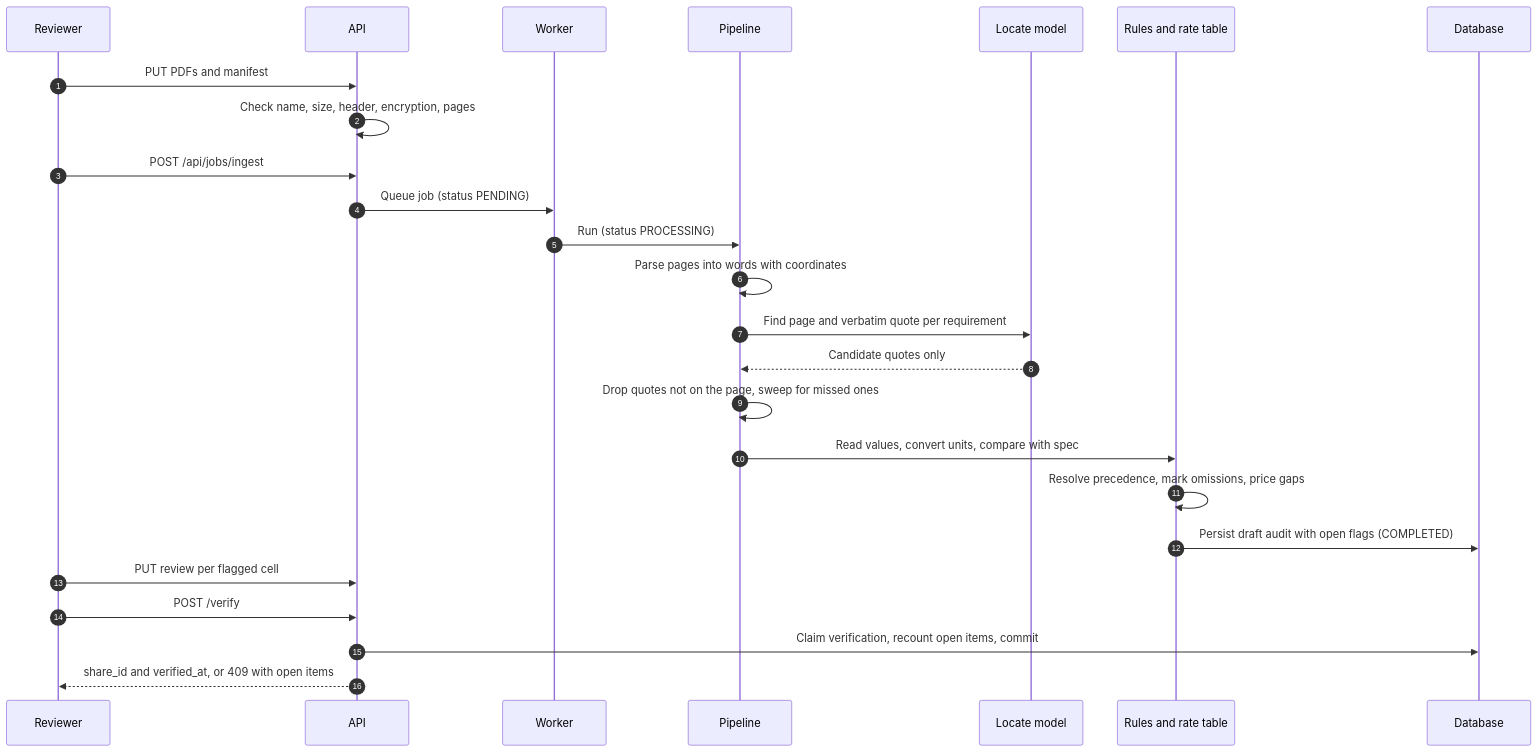
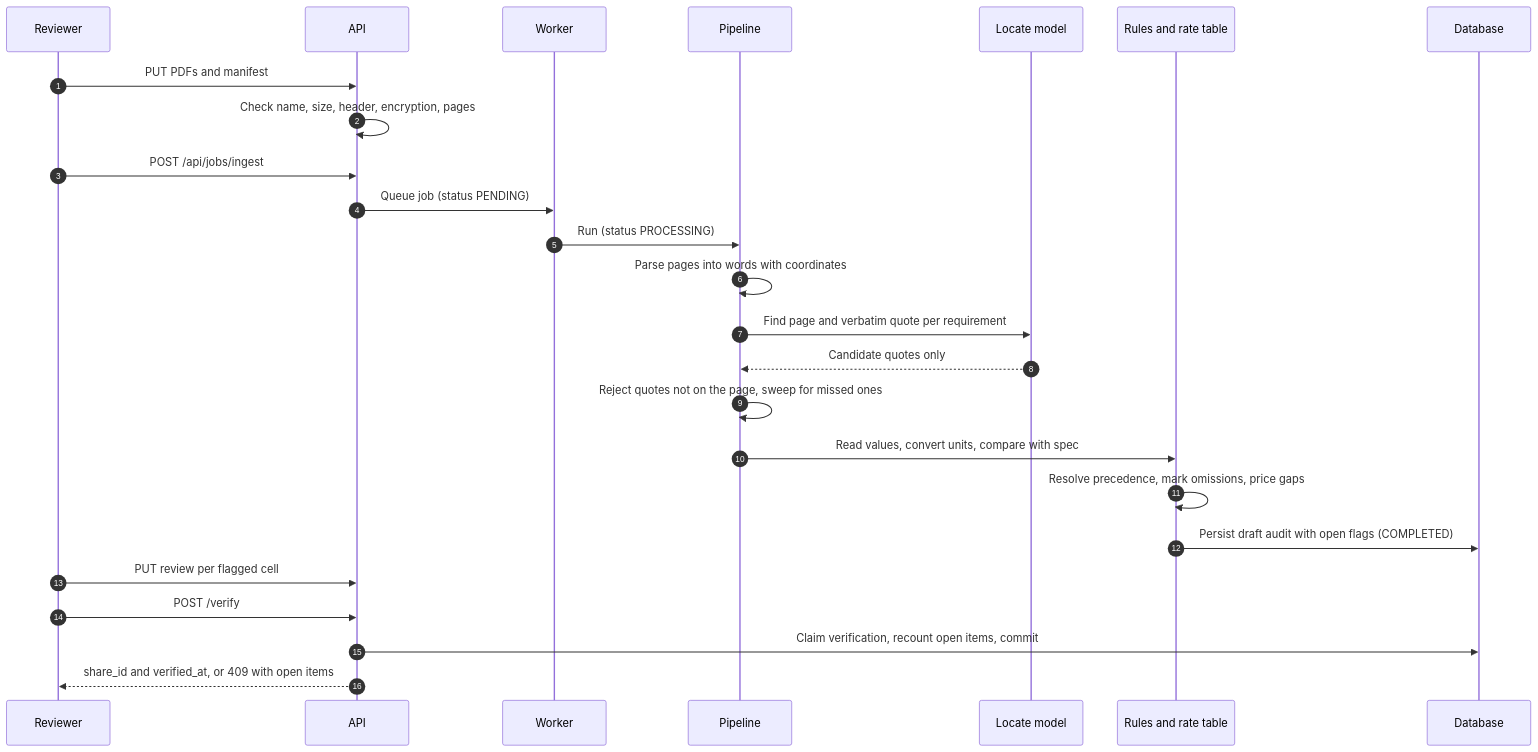
One commit to akhilyad/antova-yc changed the second of 5 diagrams in README.md. Above: the diagram before and after it, drawn with Mermaid. The commit also changed other lines of this file, not shown here.

````diff
--- a/README.md
+++ b/README.md
@@ -126,28 +126,28 @@
 ```mermaid
 sequenceDiagram
     autonumber
     participant E as Reviewer
     participant G as API
     participant W as Worker
     participant P as Pipeline
     participant L as Locate model
     participant R as Rules and rate table
     participant D as Database
 
     E->>G: PUT PDFs and manifest
     G->>G: Check name, size, header, encryption, pages
     E->>G: POST /api/jobs/ingest
     G->>W: Queue job (status PENDING)
     W->>P: Run (status PROCESSING)
     P->>P: Parse pages into words with coordinates
     P->>L: Find page and verbatim quote per requirement
     L-->>P: Candidate quotes only
-    P->>P: Drop quotes not on the page, sweep for missed ones
+    P->>P: Reject quotes not on the page, sweep for missed ones
     P->>R: Read values, convert units, compare with spec
     R->>R: Resolve precedence, mark omissions, price gaps
     R->>D: Persist draft audit with open flags (COMPLETED)
     E->>G: PUT review per flagged cell
     E->>G: POST /verify
     G->>D: Claim verification, recount open items, commit
     G-->>E: share_id and verified_at, or 409 with open items
 ```
````
